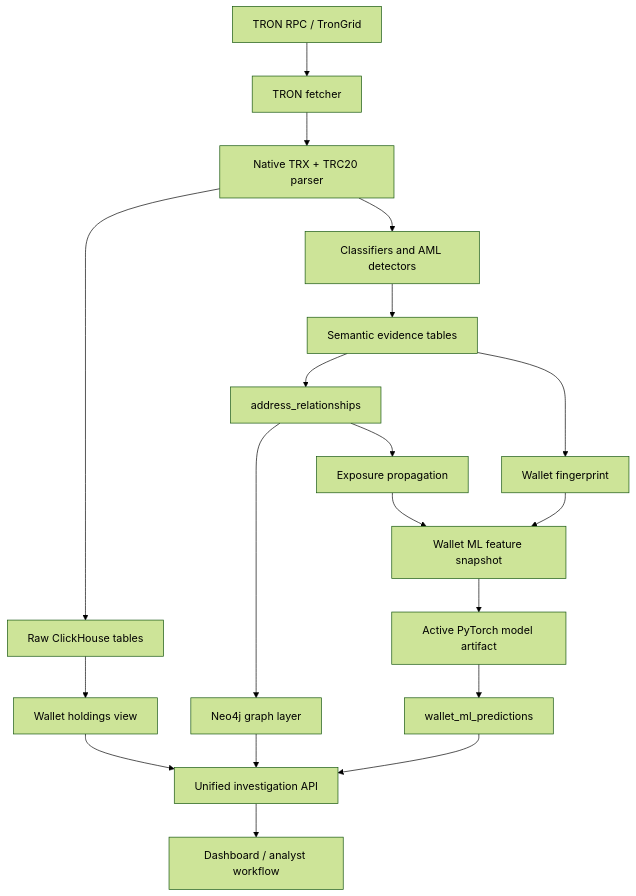
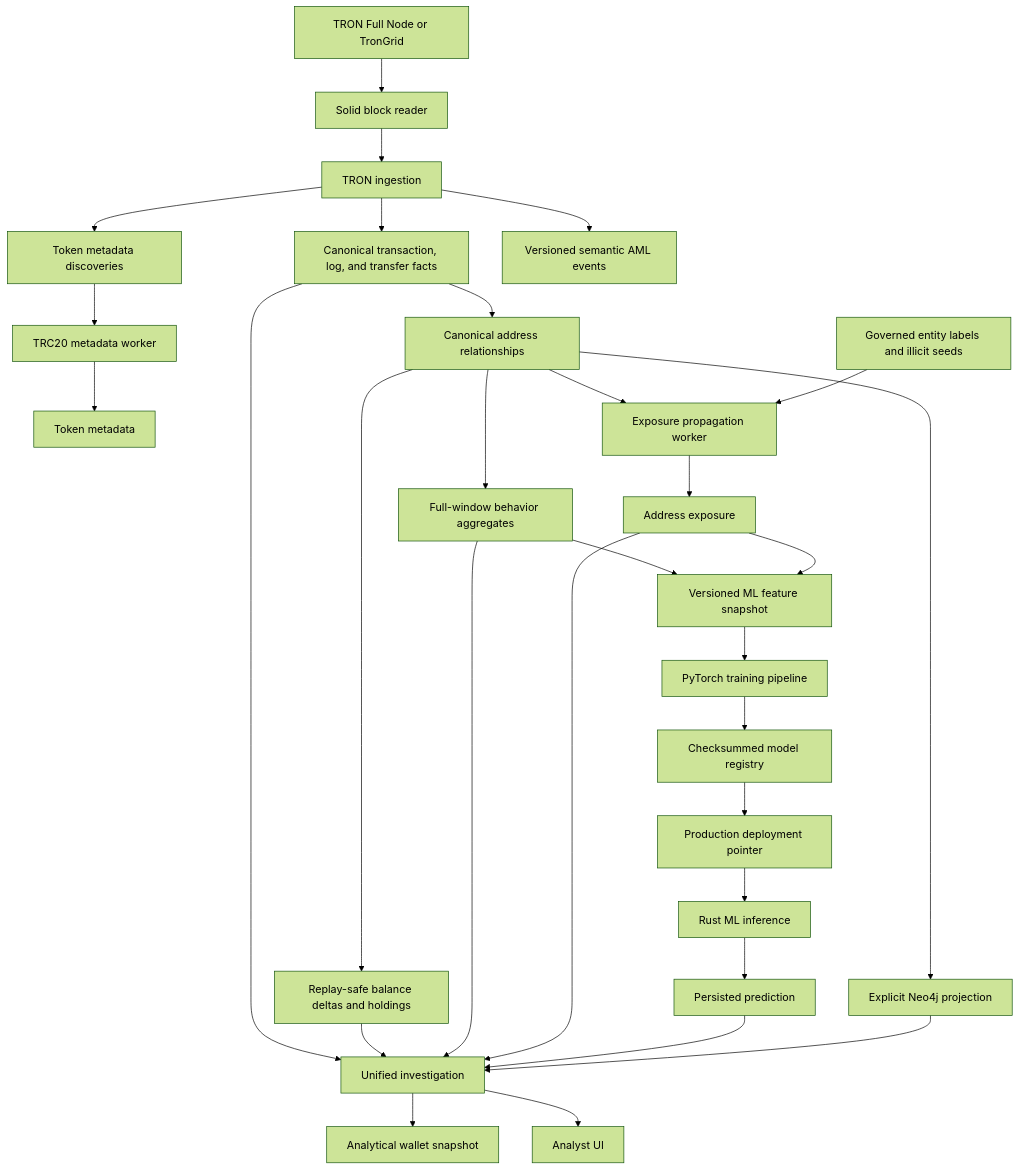
The diagram in docs/explain_tron.md (Mehranai/AML), drawn with Mermaid (forest theme) before and after one commit. The commit also changed other lines of this file and 117 other files, not shown here.

````diff
--- a/docs/explain_tron.md
+++ b/docs/explain_tron.md
@@ -88,21 +43,32 @@
 ```mermaid
 flowchart TD
-    RPC["TRON RPC / TronGrid"] --> Fetcher["TRON fetcher"]
-    Fetcher --> Parser["Native TRX + TRC20 parser"]
-    Parser --> Raw["Raw ClickHouse tables"]
-    Parser --> Detectors["Classifiers and AML detectors"]
-    Detectors --> Evidence["Semantic evidence tables"]
-    Evidence --> Relationships["address_relationships"]
-    Relationships --> Neo4j["Neo4j graph layer"]
-    Relationships --> Exposure["Exposure propagation"]
-    Evidence --> Fingerprint["Wallet fingerprint"]
-    Raw --> Holdings["Wallet holdings view"]
-    Exposure --> Features["Wallet ML feature snapshot"]
-    Fingerprint --> Features
-    Holdings --> Investigation["Unified investigation API"]
-    Neo4j --> Investigation
-    Features --> Model["Active PyTorch model artifact"]
-    Model --> Prediction["wallet_ml_predictions"]
+    RPC["TRON Full Node or TronGrid"] --> Solid["Solid block reader"]
+    Solid --> Fetcher["TRON ingestion"]
+    Fetcher --> Facts["Canonical transaction, log, and transfer facts"]
+    Fetcher --> Discovery["Token metadata discoveries"]
+    Fetcher --> Semantics["Versioned semantic AML events"]
+    Discovery --> MetadataWorker["TRC20 metadata worker"]
+    MetadataWorker --> Metadata["Token metadata"]
+    Facts --> Relationships["Canonical address relationships"]
+    Relationships --> Holdings["Replay-safe balance deltas and holdings"]
+    Relationships --> Fingerprint["Full-window behavior aggregates"]
+    Relationships --> ExposureWorker["Exposure propagation worker"]
+    Labels["Governed entity labels and illicit seeds"] --> ExposureWorker
+    ExposureWorker --> Exposure["Address exposure"]
+    Relationships --> Projection["Explicit Neo4j projection"]
+    Fingerprint --> Features["Versioned ML feature snapshot"]
+    Exposure --> Features
+    Features --> PyTorch["PyTorch training pipeline"]
+    PyTorch --> Registry["Checksummed model registry"]
+    Registry --> Deployment["Production deployment pointer"]
+    Deployment --> Inference["Rust ML inference"]
+    Inference --> Prediction["Persisted prediction"]
+    Facts --> Investigation["Unified investigation"]
+    Holdings --> Investigation
+    Fingerprint --> Investigation
+    Exposure --> Investigation
     Prediction --> Investigation
-    Investigation --> UI["Dashboard / analyst workflow"]
+    Projection --> Investigation
+    Investigation --> Snapshot["Analytical wallet snapshot"]
+    Investigation --> UI["Analyst UI"]
 ```
````
